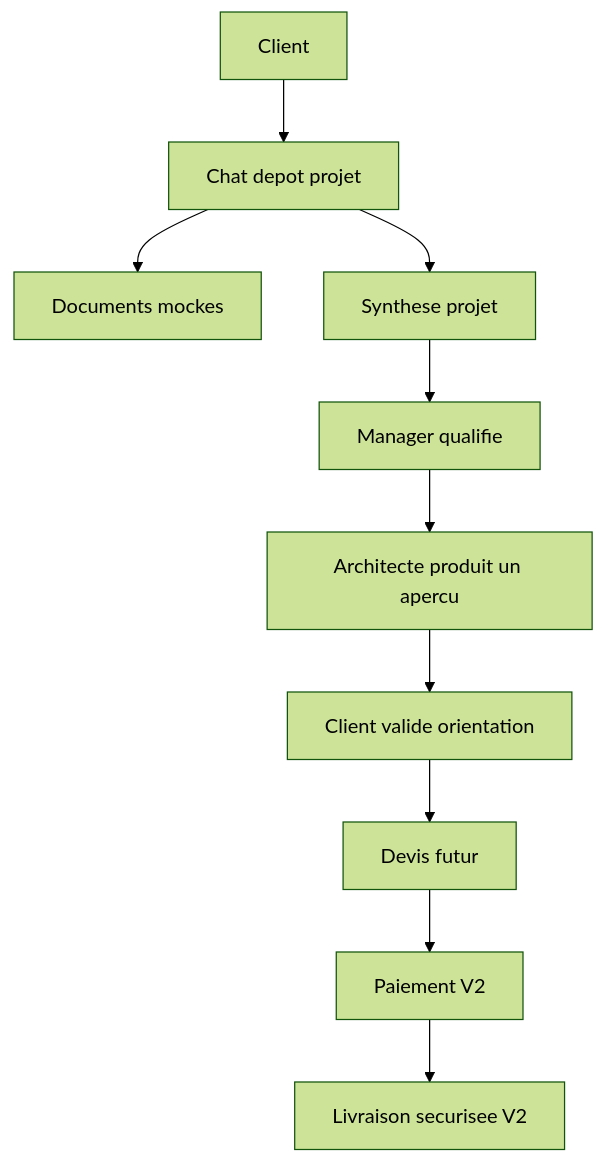
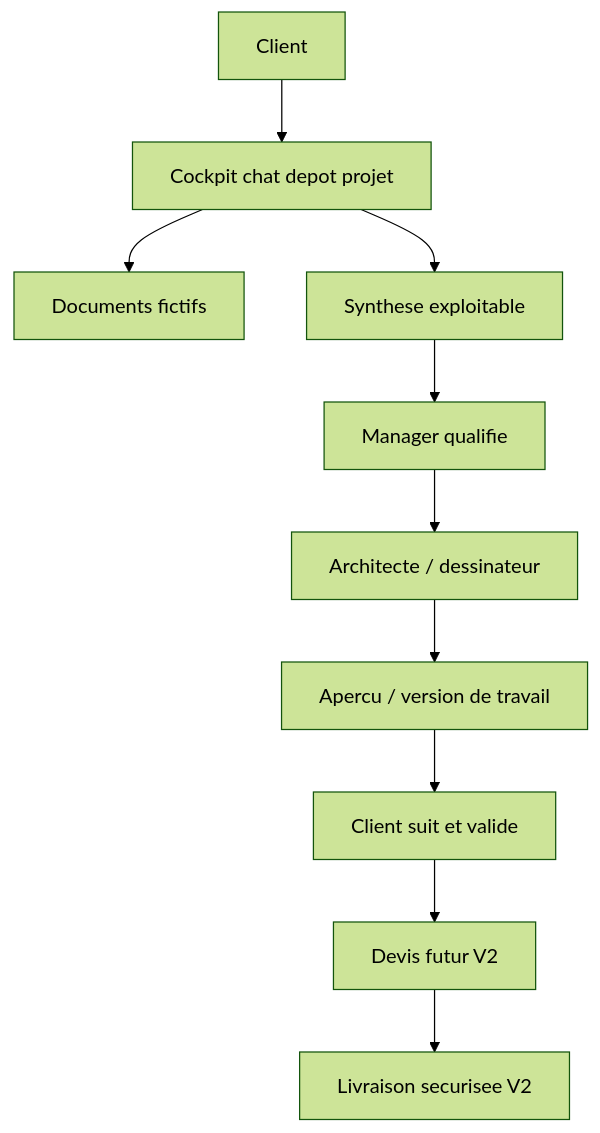
Before and after one commit to RAYAN-DOB/vellum: the diagram in docs/product-vision.md, drawn with Mermaid (forest theme). The commit also changed other lines of this file and 42 other files, not shown here.

Commit message:
Rebuild visual identity with architectural premium UI

````diff
--- a/docs/product-vision.md
+++ b/docs/product-vision.md
@@ -24,12 +24,12 @@
 ```mermaid
 flowchart TD
-  Client["Client"] --> Chat["Chat depot projet"]
-  Chat --> Docs["Documents mockes"]
-  Chat --> Summary["Synthese projet"]
+  Client["Client"] --> Chat["Cockpit chat depot projet"]
+  Chat --> MockDocs["Documents fictifs"]
+  Chat --> Summary["Synthese exploitable"]
   Summary --> Manager["Manager qualifie"]
-  Manager --> Architect["Architecte produit un apercu"]
-  Architect --> ClientReview["Client valide orientation"]
-  ClientReview --> Quote["Devis futur"]
-  Quote --> Payment["Paiement V2"]
-  Payment --> Delivery["Livraison securisee V2"]
+  Manager --> Architect["Architecte / dessinateur"]
+  Architect --> Preview["Apercu / version de travail"]
+  Preview --> ClientReview["Client suit et valide"]
+  ClientReview --> Quote["Devis futur V2"]
+  Quote --> SecureDelivery["Livraison securisee V2"]
 ```
````
